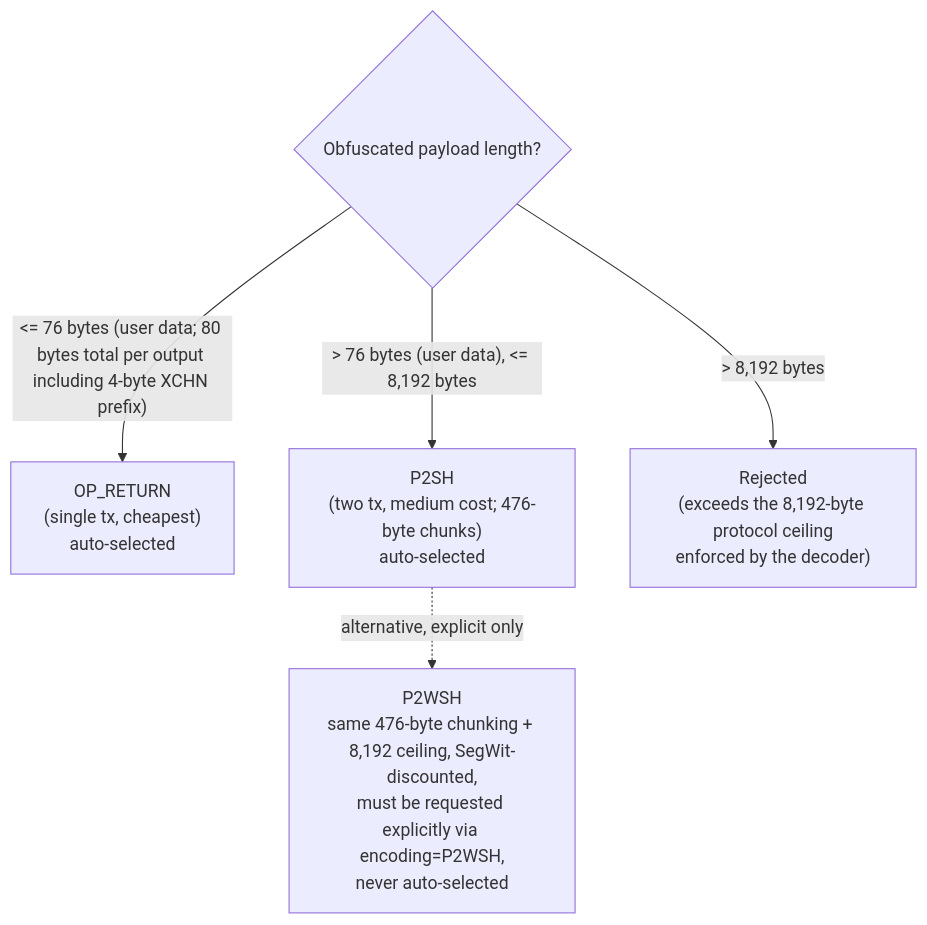
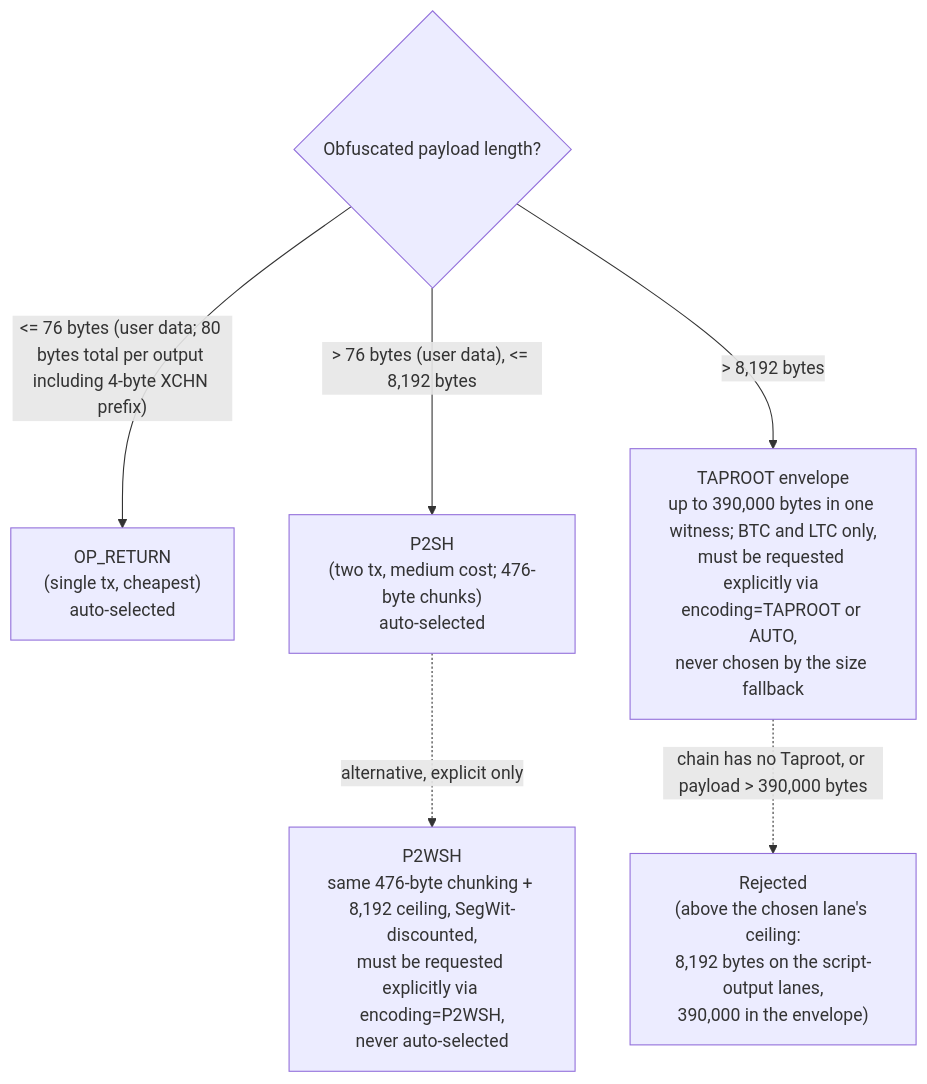
The diagram in components/encoder/format-selection.md (XChain-Platform/xchain-documentation), drawn with Mermaid before and after one commit. The commit also changed other lines of this file and 5 other files, not shown here.

Commit message:
docs(encoding): document the taproot envelope as the fifth encoding format

````diff
--- a/components/encoder/format-selection.md
+++ b/components/encoder/format-selection.md
@@ -62,8 +83,9 @@
 ```mermaid
 flowchart TD
     START{"Obfuscated payload length?"}
     START -->|"<= 76 bytes (user data; 80 bytes total per output including 4-byte XCHN prefix)"| OPRETURN["OP_RETURN<br>(single tx, cheapest)<br>auto-selected"]
     START -->|"> 76 bytes (user data), <= 8,192 bytes"| P2SH["P2SH<br>(two tx, medium cost; 476-byte chunks)<br>auto-selected"]
     P2SH -.->|"alternative, explicit only"| P2WSH["P2WSH<br>same 476-byte chunking + 8,192 ceiling, SegWit-discounted,<br>must be requested explicitly via encoding=P2WSH,<br>never auto-selected"]
-    START -->|"> 8,192 bytes"| REJECTED["Rejected<br>(exceeds the 8,192-byte protocol ceiling<br>enforced by the decoder)"]
+    START -->|"> 8,192 bytes"| TAPROOT["TAPROOT envelope<br>up to 390,000 bytes in one witness; BTC and LTC only,<br>must be requested explicitly via encoding=TAPROOT or AUTO,<br>never chosen by the size fallback"]
+    TAPROOT -.->|"chain has no Taproot, or payload > 390,000 bytes"| REJECTED["Rejected<br>(above the chosen lane's ceiling:<br>8,192 bytes on the script-output lanes,<br>390,000 in the envelope)"]
 ```
````
